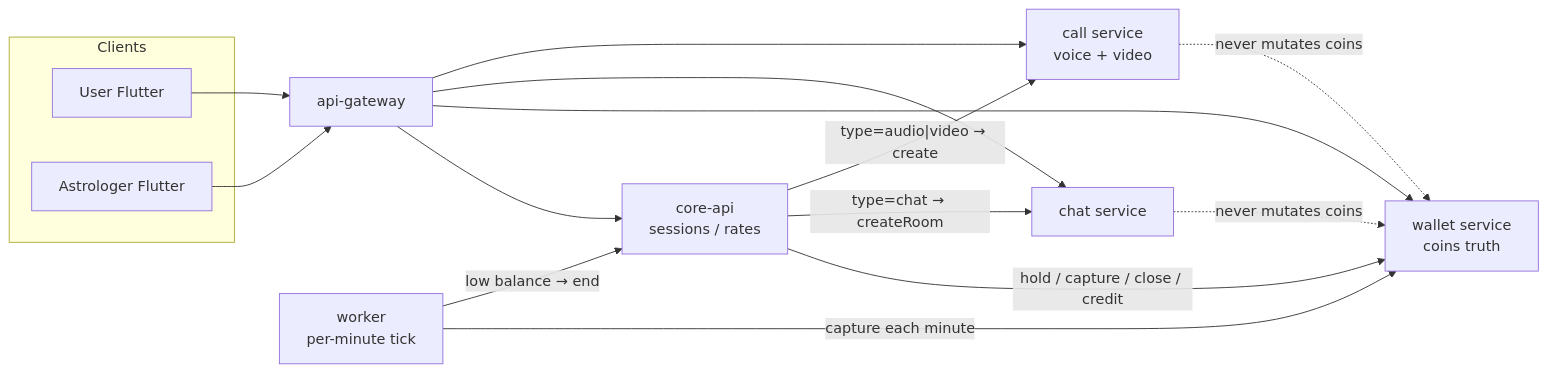
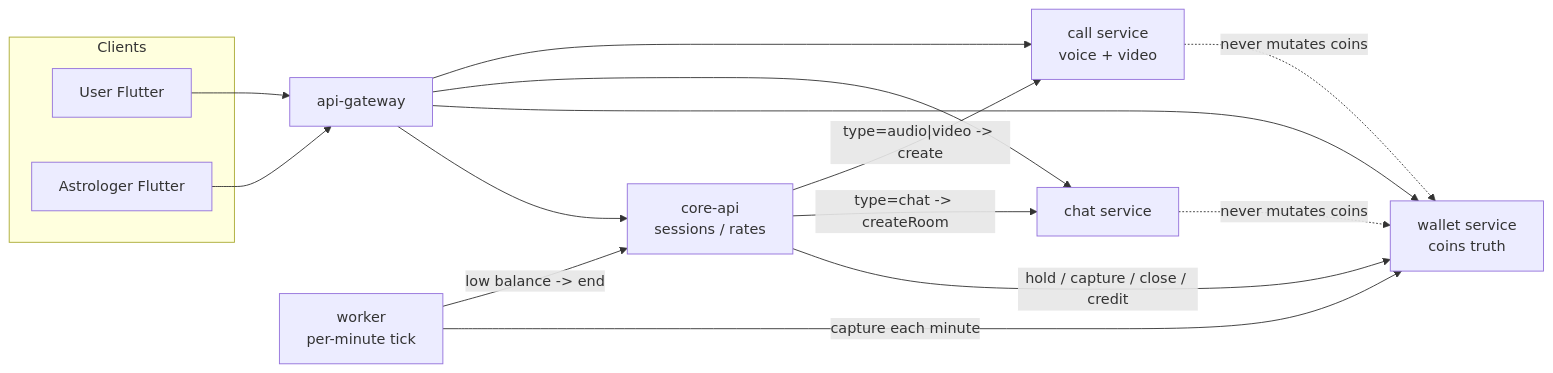
The first of 9 diagrams in docs/architecture/02-wallet-state-machine.md (unib0ts/astro-ub), drawn with Mermaid before and after one commit. The commit also changed other lines of this file and 2 other files, not shown here.

First line of the commit message:
Fix Mermaid diagrams on GitHub Pages.

````diff
--- a/docs/architecture/02-wallet-state-machine.md
+++ b/docs/architecture/02-wallet-state-machine.md
@@ -15,30 +15,30 @@
 ```mermaid
 flowchart LR
   subgraph Clients
     U[User Flutter]
     A[Astrologer Flutter]
   end
 
   GW[api-gateway]
-  CORE[core-api<br/>sessions / rates]
-  WALLET[wallet service<br/>coins truth]
+  CORE["core-api<br/>sessions / rates"]
+  WALLET["wallet service<br/>coins truth"]
   CHAT[chat service]
-  CALL[call service<br/>voice + video]
-  WORK[worker<br/>per-minute tick]
+  CALL["call service<br/>voice + video"]
+  WORK["worker<br/>per-minute tick"]
 
   U --> GW
   A --> GW
   GW --> CORE
   GW --> WALLET
   GW --> CHAT
   GW --> CALL
 
   CORE -->|"hold / capture / close / credit"| WALLET
-  CORE -->|"type=chat → createRoom"| CHAT
-  CORE -->|"type=audio|video → create"| CALL
+  CORE -->|"type=chat -> createRoom"| CHAT
+  CORE -->|"type=audio|video -> create"| CALL
   WORK -->|"capture each minute"| WALLET
-  WORK -->|"low balance → end"| CORE
+  WORK -->|"low balance -> end"| CORE
 
   CHAT -.->|"never mutates coins"| WALLET
   CALL -.->|"never mutates coins"| WALLET
 ```
````
